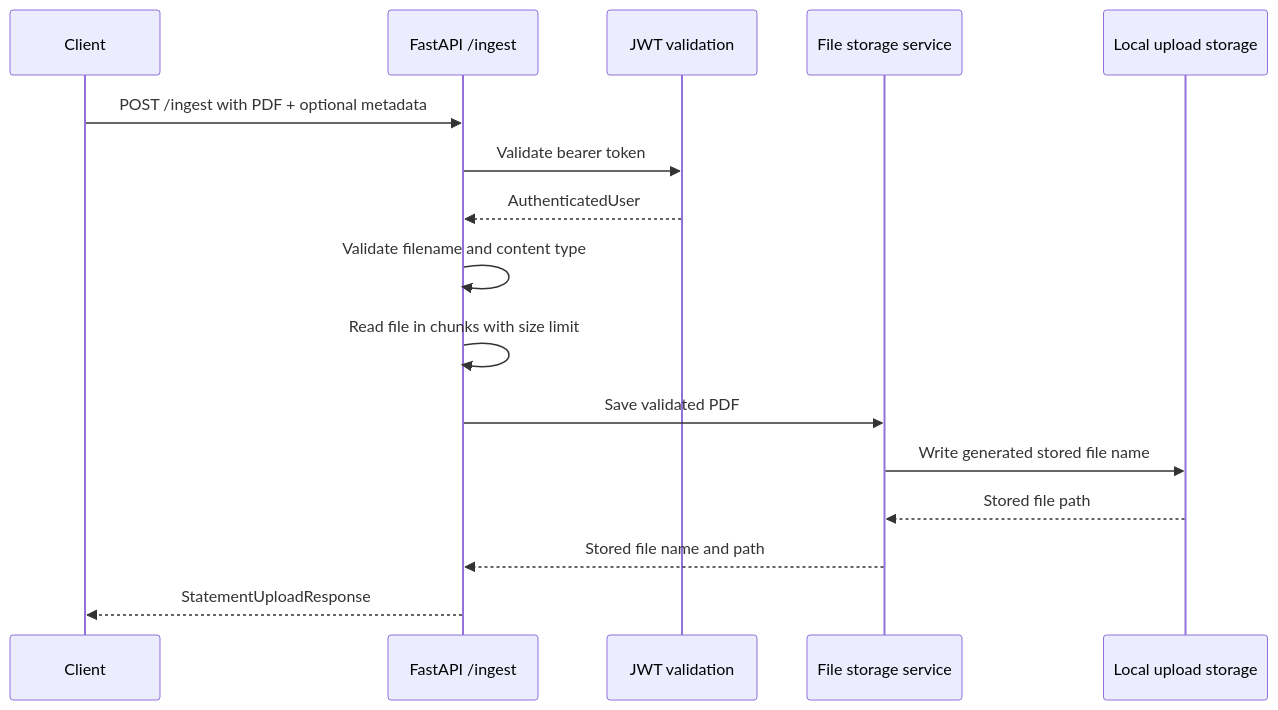
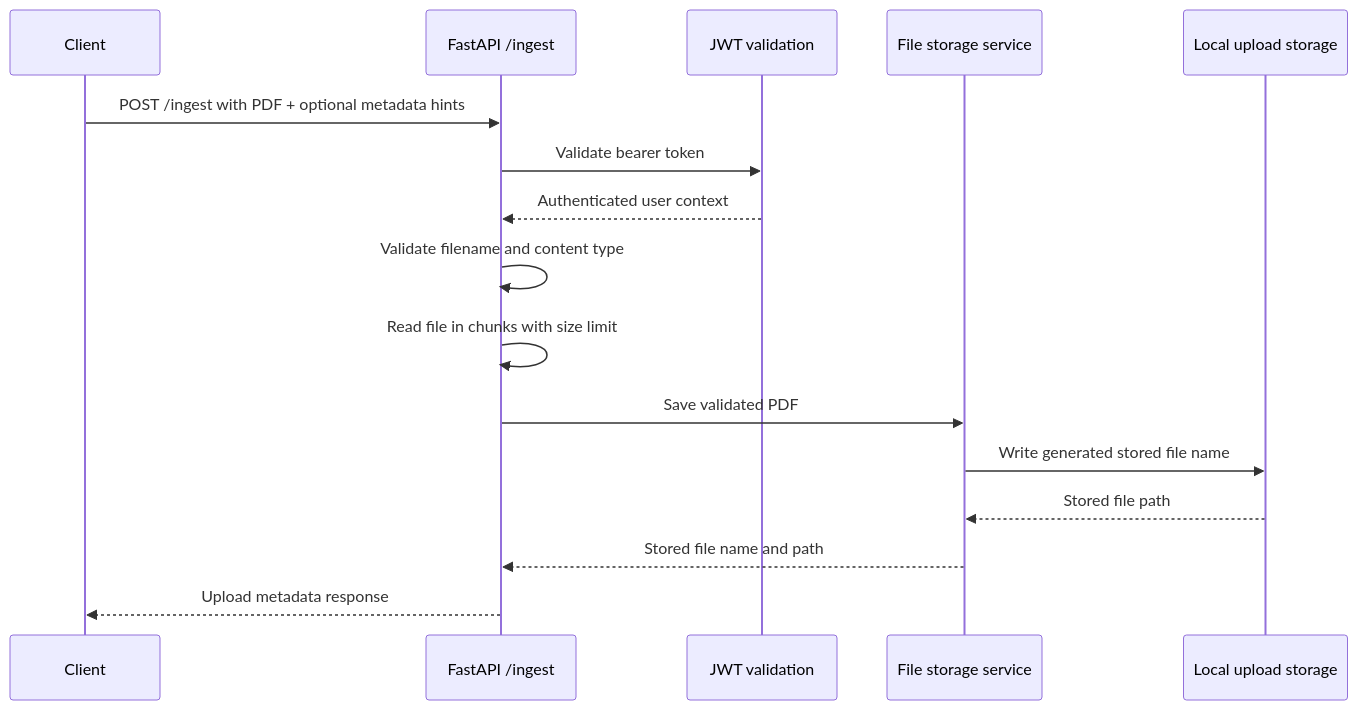
The fifth of 9 diagrams in docs/HLD.md (GeekStartup/spend-analyzer), drawn with Mermaid before and after one commit. The commit also changed other lines of this file, not shown here.

Commit message:
Reduce HLD and LLD overlap in architecture docs

````diff
--- a/docs/HLD.md
+++ b/docs/HLD.md
@@ -165,19 +165,19 @@
 ```mermaid
 sequenceDiagram
     participant Client
     participant API as FastAPI /ingest
     participant Auth as JWT validation
     participant Storage as File storage service
     participant Disk as Local upload storage
 
-    Client->>API: POST /ingest with PDF + optional metadata
+    Client->>API: POST /ingest with PDF + optional metadata hints
     API->>Auth: Validate bearer token
-    Auth-->>API: AuthenticatedUser
+    Auth-->>API: Authenticated user context
     API->>API: Validate filename and content type
     API->>API: Read file in chunks with size limit
     API->>Storage: Save validated PDF
     Storage->>Disk: Write generated stored file name
     Disk-->>Storage: Stored file path
     Storage-->>API: Stored file name and path
-    API-->>Client: StatementUploadResponse
+    API-->>Client: Upload metadata response
 ```
````
